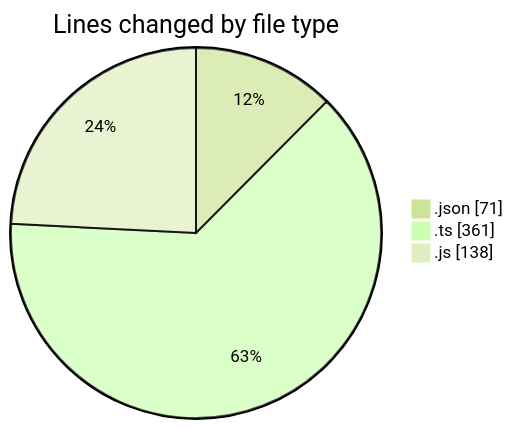
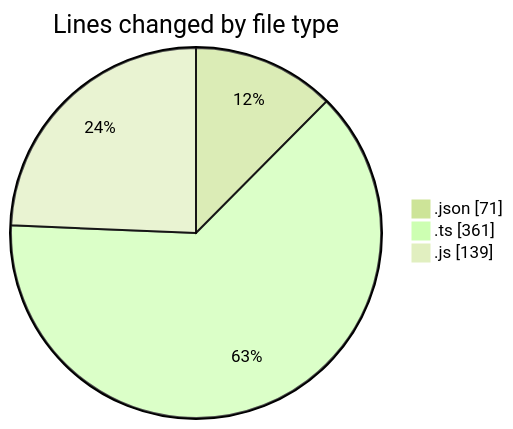
Before and after one commit to momahboobian/code-tracking: the first of 2 diagrams in 2025-02-06/cda/README.md, drawn with Mermaid (forest theme). The commit also changed other lines of this file and 1 other file, not shown here.

````diff
--- a/2025-02-06/cda/README.md
+++ b/2025-02-06/cda/README.md
@@ -26,7 +26,7 @@
 ```mermaid
 pie showData
 title Lines changed by file type
 ".json" : 71
 ".ts" : 361
-".js" : 138
+".js" : 139
 ```
````
